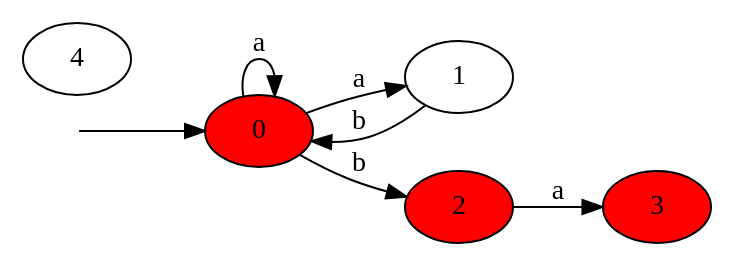
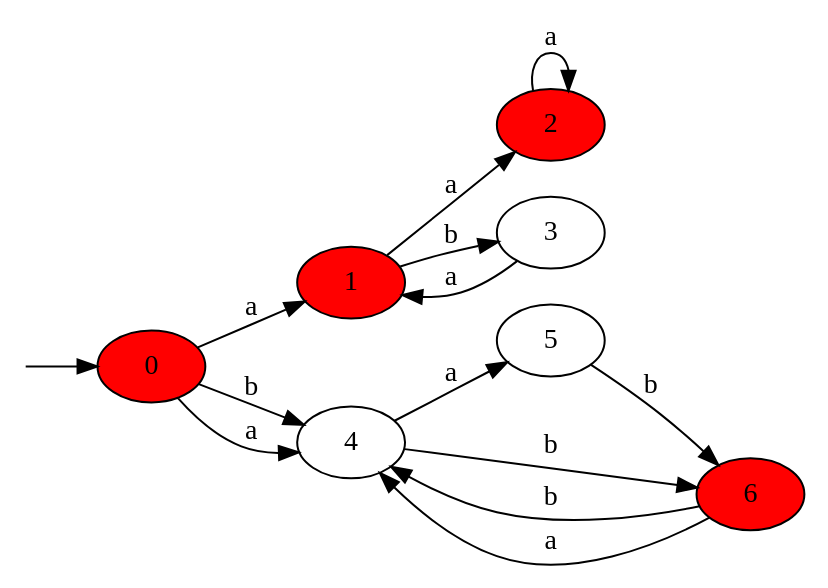
The diagram in graph/automaton_0.dot (Nerfiti/MIPT_FORMAL_AUTOMATON_ALGORITHMS), drawn with Graphviz before and after one commit. The commit also changed 12 other files, not shown here.

```diff
--- a/graph/automaton_0.dot
+++ b/graph/automaton_0.dot
@@ -1,16 +1,25 @@
 digraph {
 rankdir=LR
 fictitious [shape=point, label="", width=0, height=0]
 
 fictitious -> 0
 0 [fillcolor=red, style=filled]
-1
+1 [fillcolor=red, style=filled]
 2 [fillcolor=red, style=filled]
-3 [fillcolor=red, style=filled]
+3
 4
-0 -> 2 [label=b]
-2 -> 3 [label=a]
-0 -> 0 [label=a]
+5
+6 [fillcolor=red, style=filled]
+0 -> 4 [label=b]
+4 -> 6 [label=b]
+6 -> 4 [label=b]
+6 -> 4 [label=a]
+4 -> 5 [label=a]
+5 -> 6 [label=b]
 0 -> 1 [label=a]
-1 -> 0 [label=b]
+1 -> 3 [label=b]
+3 -> 1 [label=a]
+1 -> 2 [label=a]
+2 -> 2 [label=a]
+0 -> 4 [label=a]
 }
```
